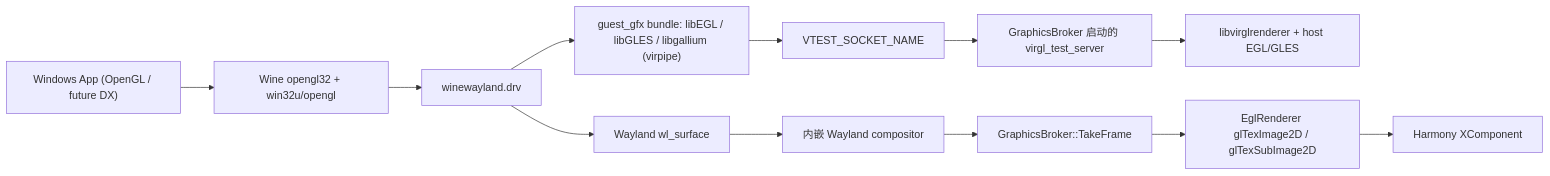
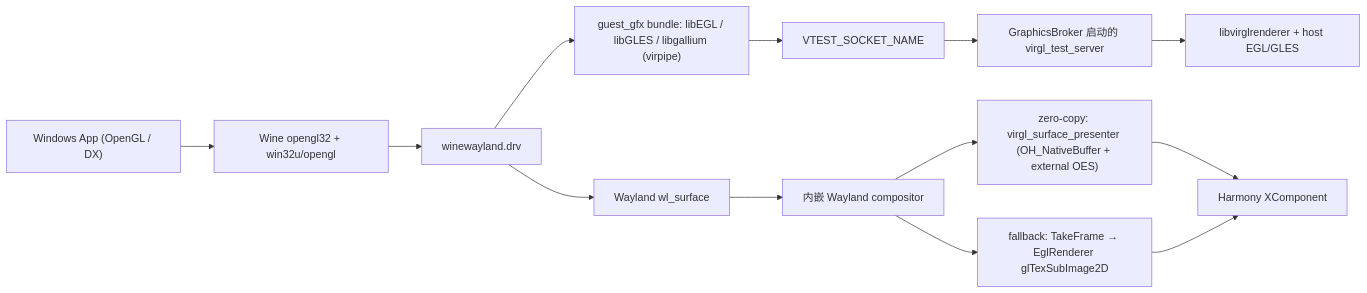
The diagram in docs/OPENGL_VIRGL_DESIGN.md (BA4892/HarmonyProton), drawn with Mermaid before and after one commit. The commit also changed other lines of this file and 21 other files, not shown here.

````diff
--- a/docs/OPENGL_VIRGL_DESIGN.md
+++ b/docs/OPENGL_VIRGL_DESIGN.md
@@ -19,14 +27,15 @@
 ```mermaid
 flowchart LR
-    A["Windows App (OpenGL / future DX)"] --> B["Wine opengl32 + win32u/opengl"]
+    A["Windows App (OpenGL / DX)"] --> B["Wine opengl32 + win32u/opengl"]
     B --> C["winewayland.drv"]
     C --> D["guest_gfx bundle: libEGL / libGLES / libgallium (virpipe)"]
     D --> E["VTEST_SOCKET_NAME"]
     E --> F["GraphicsBroker 启动的 virgl_test_server"]
     F --> G["libvirglrenderer + host EGL/GLES"]
     C --> H["Wayland wl_surface"]
     H --> I["内嵌 Wayland compositor"]
-    I --> J["GraphicsBroker::TakeFrame"]
-    J --> K["EglRenderer glTexImage2D / glTexSubImage2D"]
-    K --> L["Harmony XComponent"]
+    I --> J["zero-copy: virgl_surface_presenter (OH_NativeBuffer + external OES)"]
+    J --> L["Harmony XComponent"]
+    I --> K["fallback: TakeFrame → EglRenderer glTexSubImage2D"]
+    K --> L
 ```
````
